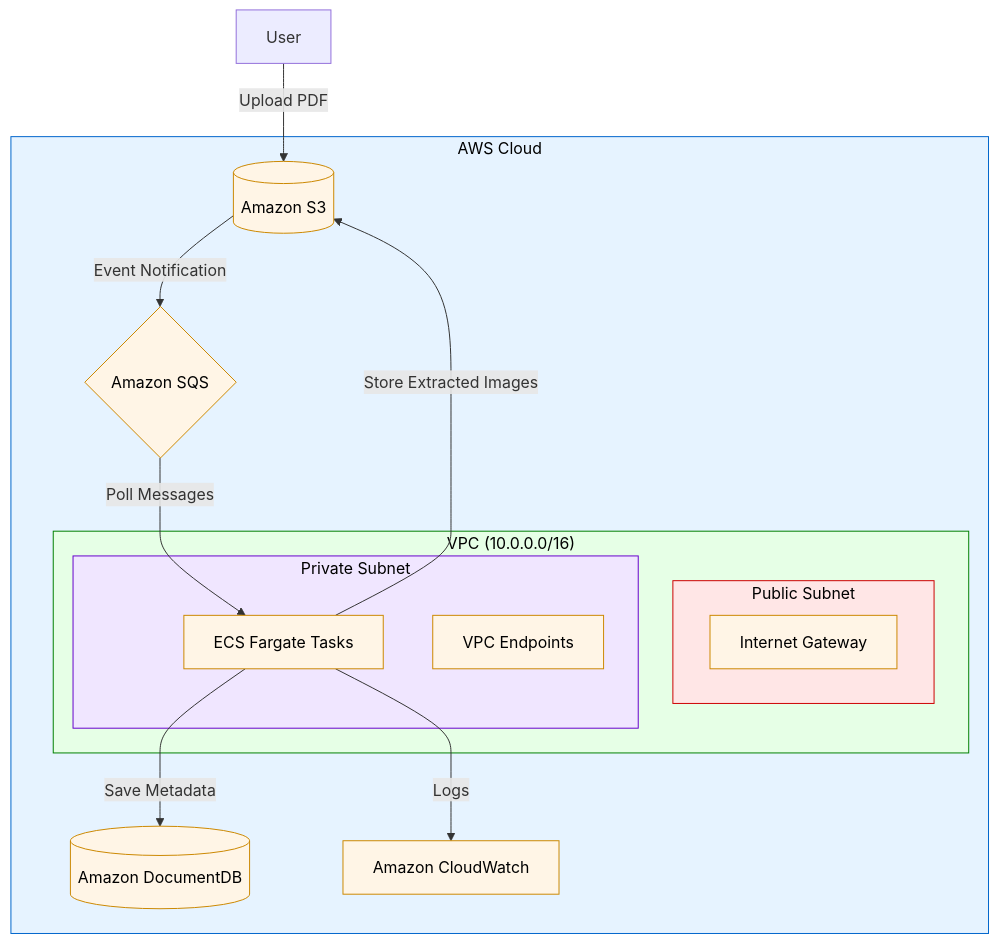
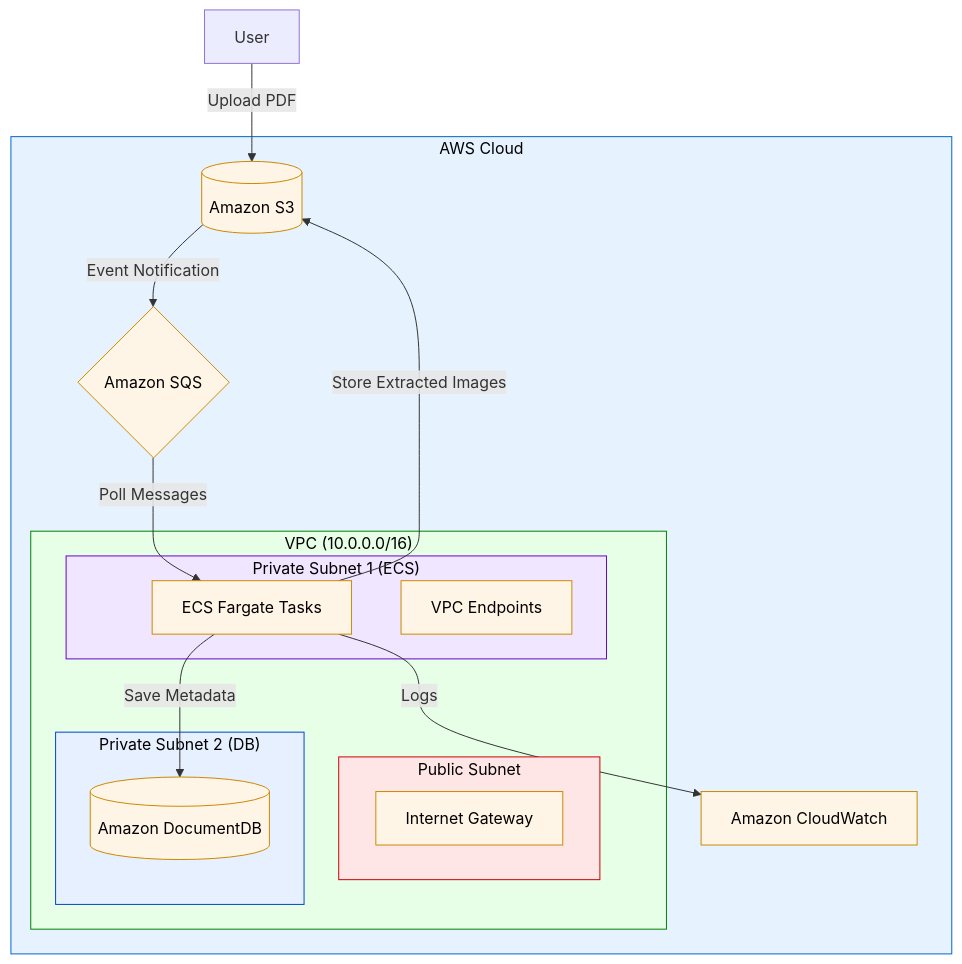
One commit to hyperverseglobalconsulting/pdf_data_extraction_statless_comps changed the diagram in README.md. Above: the diagram before and after it, drawn with Mermaid.

````diff
--- a/README.md
+++ b/README.md
@@ -22,38 +22,44 @@
 ```mermaid
-%% AWS Architecture Diagram
+%% AWS Architecture with Isolated DocumentDB Subnet
 graph TD
     A[User] -->|Upload PDF| B[(Amazon S3)]
     
     subgraph AWS["AWS Cloud"]
         subgraph VPC["VPC (10.0.0.0/16)"]
             subgraph PublicSubnet["Public Subnet"]
                 I[Internet Gateway]
             end
             
-            subgraph PrivateSubnet["Private Subnet"]
+            subgraph PrivateSubnet1["Private Subnet 1 (ECS)"]
                 D[ECS Fargate Tasks]
                 E[VPC Endpoints]
+            end
+            
+            subgraph PrivateSubnet2["Private Subnet 2 (DB)"]
+                F[(Amazon DocumentDB)]
             end
         end
         
         B -->|Event Notification| C{Amazon SQS}
         C -->|Poll Messages| D
         D -->|Store Extracted Images| B
-        D -->|Save Metadata| F[(Amazon DocumentDB)]
+        D -->|Save Metadata| F
         D -->|Logs| G[Amazon CloudWatch]
     end
     
     %% Class Definitions
     classDef aws fill:#e6f3ff,stroke:#0066cc,color:#000;
     classDef vpc fill:#e6ffe6,stroke:#008000,color:#000;
     classDef public fill:#ffe6e6,stroke:#cc0000,color:#000;
-    classDef private fill:#f0e6ff,stroke:#6600cc,color:#000;
+    classDef private1 fill:#f0e6ff,stroke:#6600cc,color:#000;
+    classDef private2 fill:#e6f0ff,stroke:#0044cc,color:#000;
     classDef service fill:#fff5e6,stroke:#cc8800,color:#000;
     
     %% Apply Styles
     class AWS aws;
     class VPC vpc;
     class PublicSubnet public;
-    class PrivateSubnet private;
+    class PrivateSubnet1 private1;
+    class PrivateSubnet2 private2;
     class B,C,F,G,I,D,E service;
 ```
````
